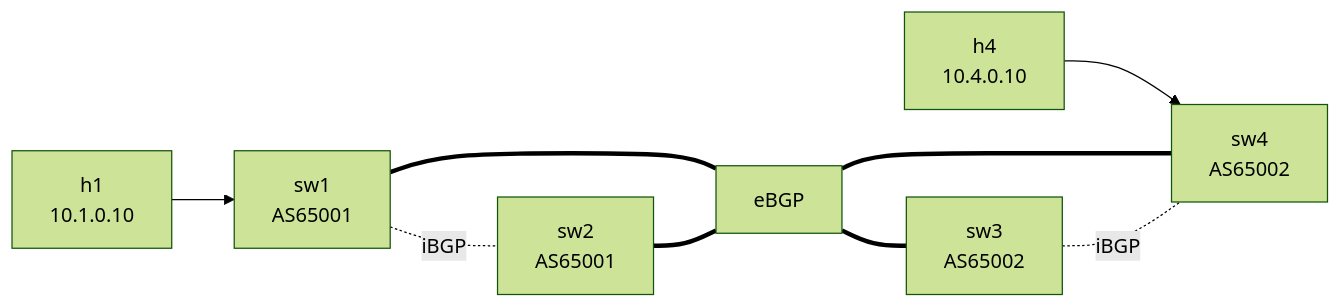
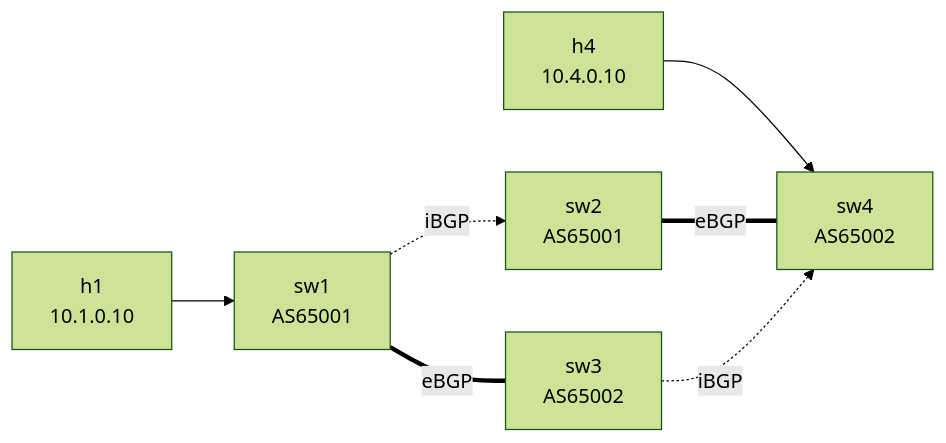
The diagram in labs/22-bgp-path-selection/README.md (alukacs03/clauntainerlab), drawn with Mermaid (forest theme) before and after one commit. The commit also changed other lines of this file and 70 other files, not shown here.

````diff
--- a/labs/22-bgp-path-selection/README.md
+++ b/labs/22-bgp-path-selection/README.md
@@ -34,9 +35,9 @@
 ```mermaid
 graph LR
     h1[h1<br/>10.1.0.10] --> sw1
     h4[h4<br/>10.4.0.10] --> sw4
-    sw1[sw1<br/>AS65001] ===eBGP=== sw3[sw3<br/>AS65002]
-    sw1 -.iBGP.- sw2[sw2<br/>AS65001]
-    sw2 ===eBGP=== sw4[sw4<br/>AS65002]
-    sw3 -.iBGP.- sw4
+    sw1[sw1<br/>AS65001] ===|eBGP| sw3[sw3<br/>AS65002]
+    sw1 -.->|iBGP| sw2[sw2<br/>AS65001]
+    sw2 ===|eBGP| sw4[sw4<br/>AS65002]
+    sw3 -.->|iBGP| sw4
 ```
````
